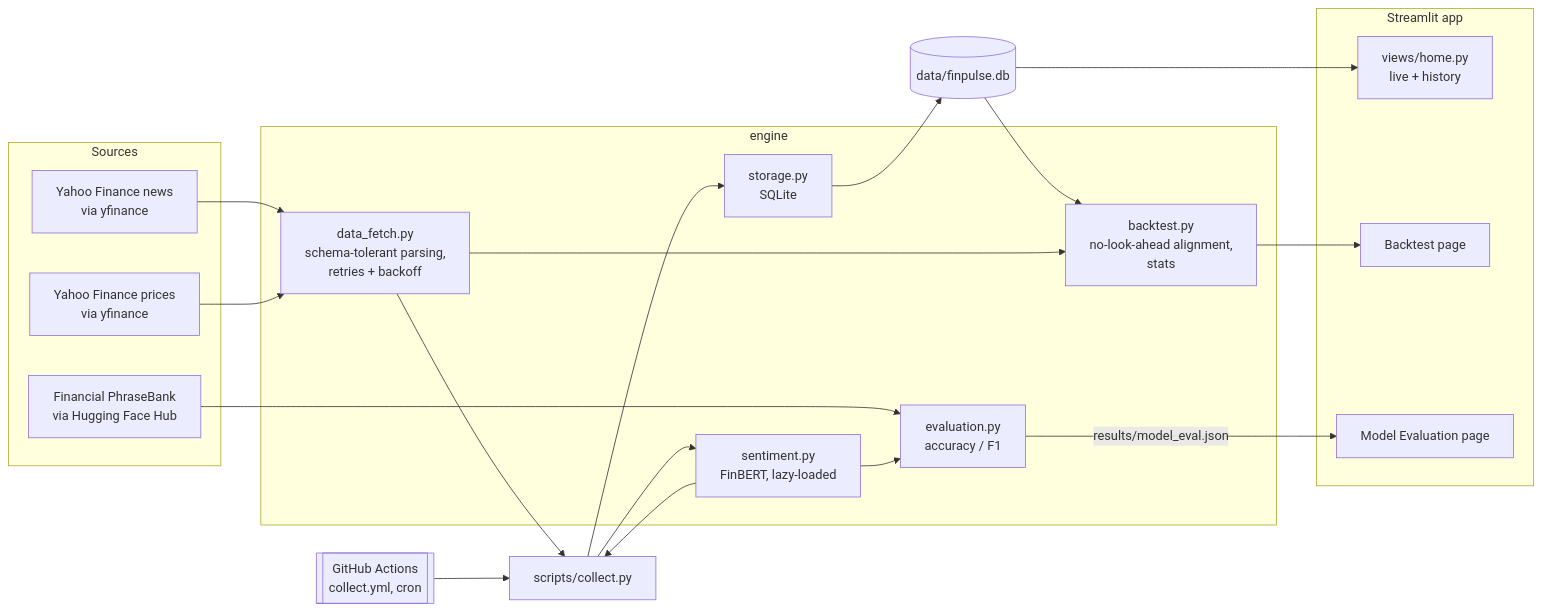
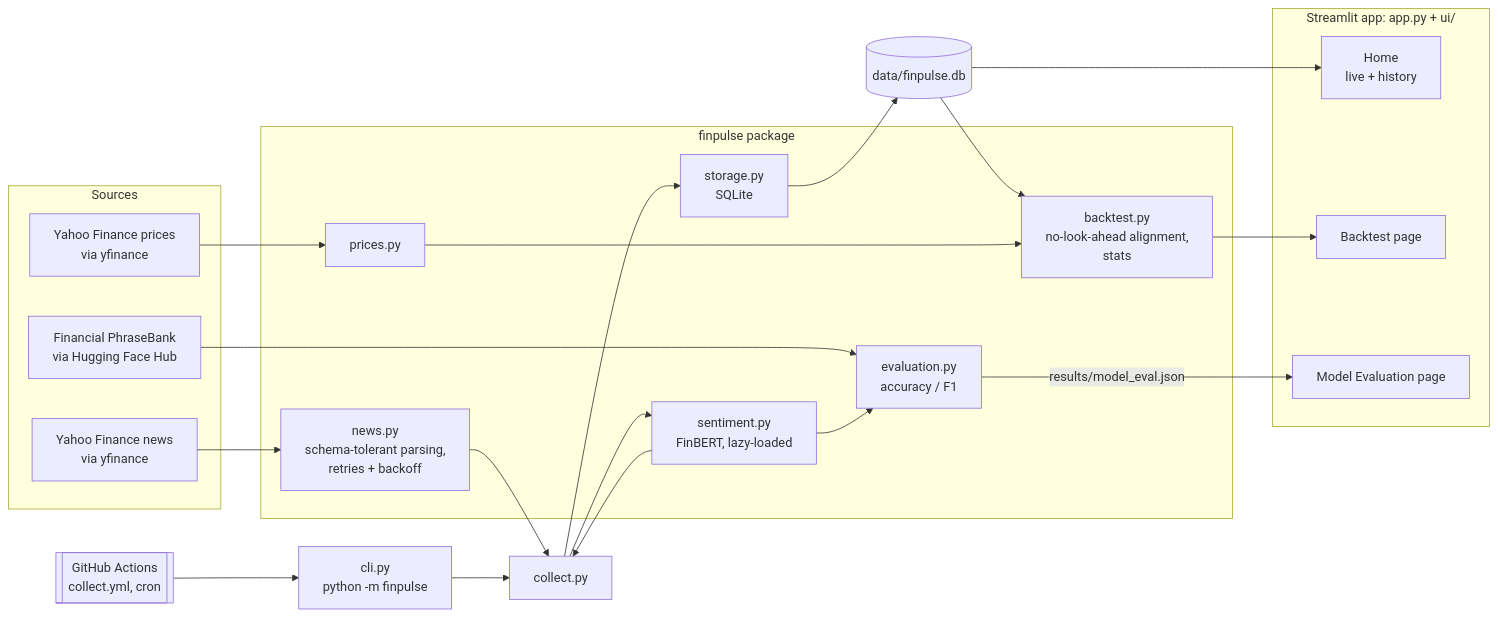
Before and after one commit to Sleepiest1304/FinPulse: the diagram in README.md, drawn with Mermaid. The commit also changed other lines of this file, not shown here.

Commit message:
README: document new project structure and CLI commands

````diff
--- a/README.md
+++ b/README.md
@@ -30,36 +30,37 @@
 ```mermaid
 flowchart LR
     subgraph Sources
         YN[Yahoo Finance news<br/>via yfinance]
         YP[Yahoo Finance prices<br/>via yfinance]
         FPB[Financial PhraseBank<br/>via Hugging Face Hub]
     end
 
-    subgraph engine
-        DF[data_fetch.py<br/>schema-tolerant parsing,<br/>retries + backoff]
+    subgraph finpulse ["finpulse package"]
+        N[news.py<br/>schema-tolerant parsing,<br/>retries + backoff]
+        PR[prices.py]
         S[sentiment.py<br/>FinBERT, lazy-loaded]
         ST[storage.py<br/>SQLite]
         BT[backtest.py<br/>no-look-ahead alignment,<br/>stats]
         EV[evaluation.py<br/>accuracy / F1]
     end
 
-    GHA[[GitHub Actions<br/>collect.yml, cron]] --> C[scripts/collect.py]
-    YN --> DF --> C
+    GHA[[GitHub Actions<br/>collect.yml, cron]] --> CLI[cli.py<br/>python -m finpulse]
+    CLI --> C[collect.py]
+    YN --> N --> C
     C --> S --> C
     C --> ST
     ST --> DB[(data/finpulse.db)]
     DB --> BT
-    YP --> DF
-    DF --> BT
+    YP --> PR --> BT
     FPB --> EV
     S --> EV
 
-    subgraph Streamlit app
-        A[views/home.py<br/>live + history]
+    subgraph ui ["Streamlit app: app.py + ui/"]
+        A[Home<br/>live + history]
         P1[Backtest page]
         P2[Model Evaluation page]
     end
     DB --> A
     BT --> P1
     EV -- results/model_eval.json --> P2
 ```
````
